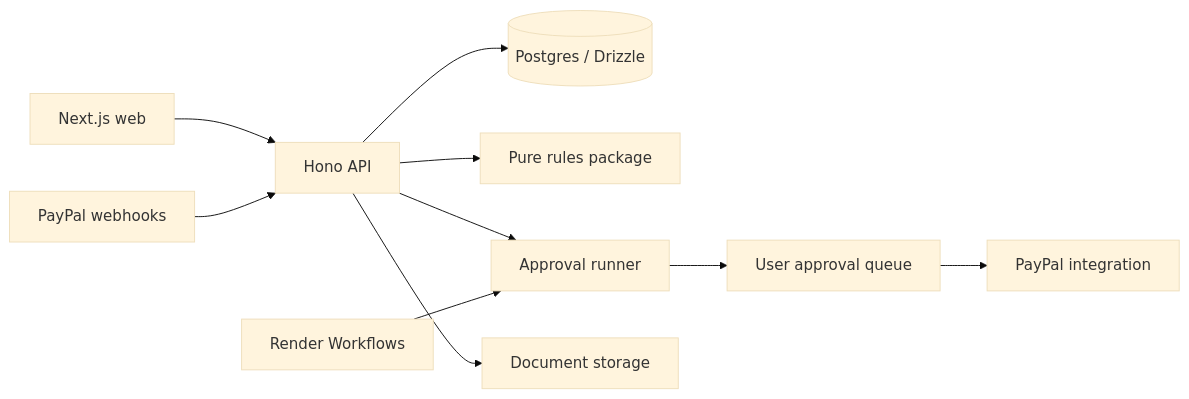
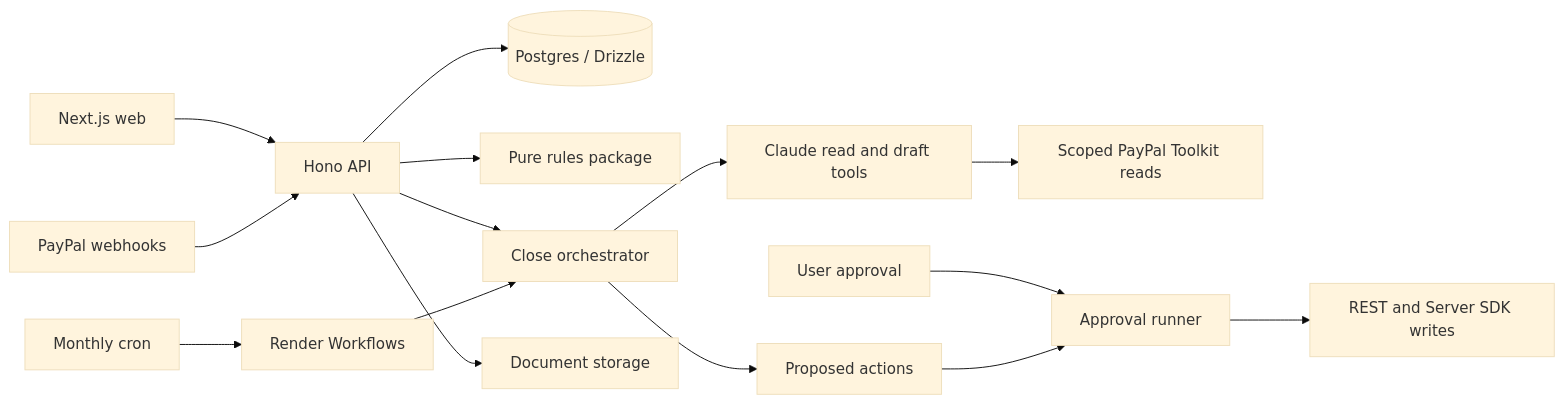
Before and after one commit to Jaisheesh-2006/Niryat: the diagram in docs/architecture.md, drawn with Mermaid (base theme). The commit also changed other lines of this file and 19 other files, not shown here.

Commit message:
feat :It shares invoice numbering across users of the configured PayPal seller and completes the Phase 5 documentation. I reviewed the allocator, its callers, rollback/concurrency tests and documentation against the connected code, assuming several concurrent users.

````diff
--- a/docs/architecture.md
+++ b/docs/architecture.md
@@ -7,12 +7,17 @@
 ```mermaid
 flowchart LR
   Web[Next.js web] --> API[Hono API]
   Hooks[PayPal webhooks] --> API
   API --> DB[(Postgres / Drizzle)]
   API --> Rules[Pure rules package]
-  API --> Agent[Approval runner]
-  Worker[Render Workflows] --> Agent
-  Agent --> Queue[User approval queue]
-  Queue --> PayPal[PayPal integration]
+  API --> Close[Close orchestrator]
+  Worker[Render Workflows] --> Close
+  Cron[Monthly cron] --> Worker
+  Close --> Claude[Claude read and draft tools]
+  Claude --> Reads[Scoped PayPal Toolkit reads]
+  Close --> Queue[Proposed actions]
+  User[User approval] --> Runner[Approval runner]
+  Queue --> Runner
+  Runner --> PayPal[REST and Server SDK writes]
   API --> Files[Document storage]
 ```
````
